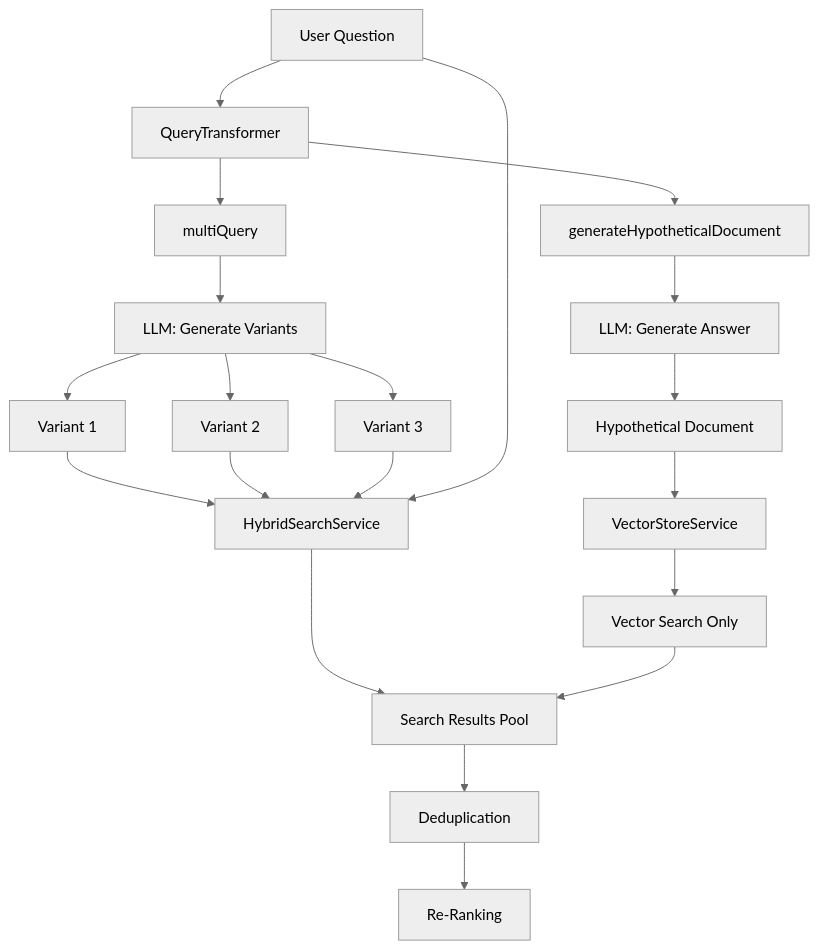
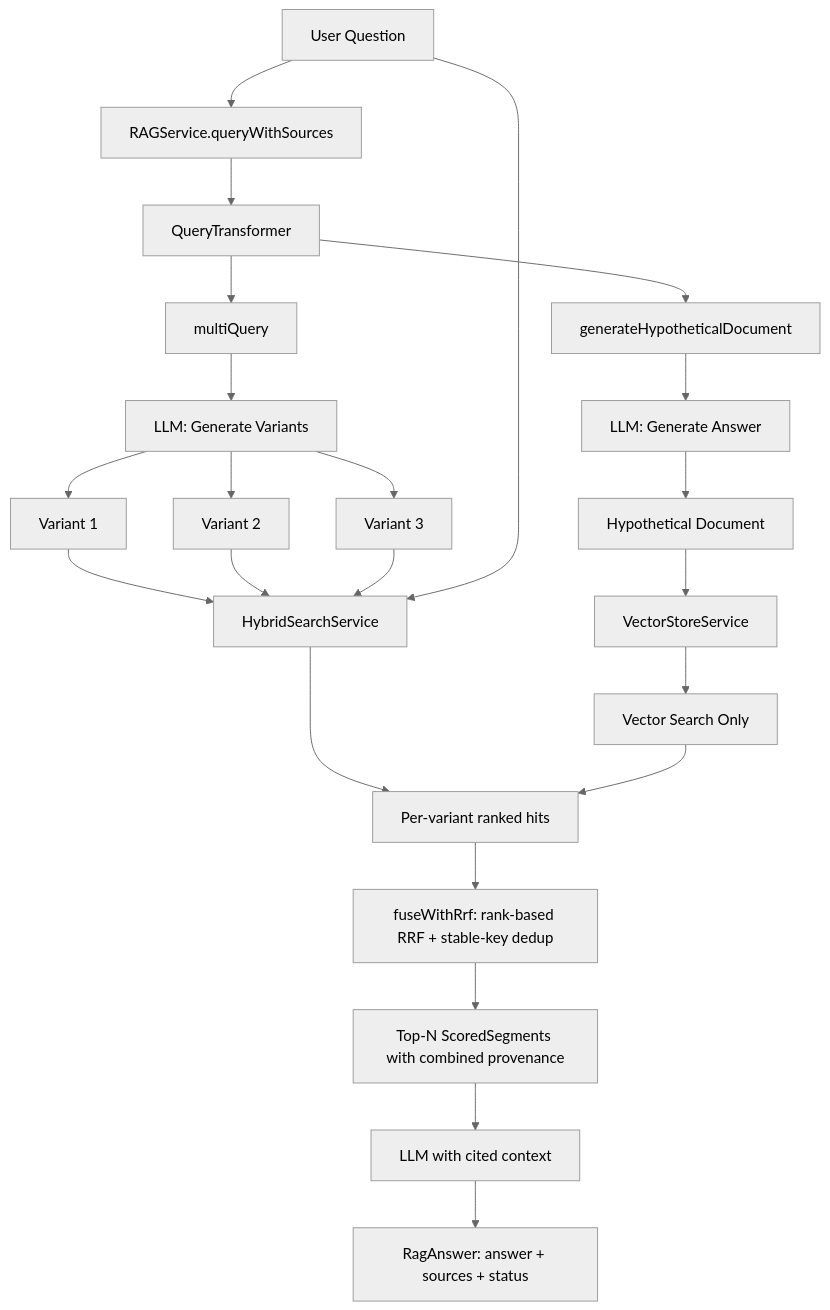
Before and after one commit to learnj-ai/llm-springboot: the first of 2 diagrams in llm-springboot/docs/tutorials/module-02-advanced-rag/02-query-transformation.md, drawn with Mermaid (neutral theme).

Commit message:
docs(rag): refresh chapter 02 pipeline diagram to match queryWithSources
The pipeline diagram still showed "Deduplication → Re-Ranking" as two
trailing steps and terminated at re-ranking. After the RRF refactor,
fusion + dedup is a single step (fuseWithRrf) and the pipeline ends in
a RagAnswer with answer + sources + status, not a re-rank pass.

Updated diagram now shows:
- queryWithSources as the explicit entry point
- fuseWithRrf doing rank-based RRF and stable-key dedup in one node
- Top-N ScoredSegments with combined provenance
- LLM call with cited context
- RagAnswer terminal node (answer + sources + status)

````diff
--- a/llm-springboot/docs/tutorials/module-02-advanced-rag/02-query-transformation.md
+++ b/llm-springboot/docs/tutorials/module-02-advanced-rag/02-query-transformation.md
@@ -56,27 +56,30 @@
 ```mermaid
 graph TD
-    A[User Question] --> B[QueryTransformer]
+    A[User Question] --> Q[RAGService.queryWithSources]
+    Q --> B[QueryTransformer]
 
     B --> C[multiQuery]
     C --> D[LLM: Generate Variants]
     D --> E[Variant 1]
     D --> F[Variant 2]
     D --> G[Variant 3]
 
     B --> H[generateHypotheticalDocument]
     H --> I[LLM: Generate Answer]
     I --> J[Hypothetical Document]
 
     E --> K[HybridSearchService]
     F --> K
     G --> K
     A --> K
 
     J --> L[VectorStoreService]
     L --> M[Vector Search Only]
 
-    K --> N[Search Results Pool]
+    K --> N[Per-variant ranked hits]
     M --> N
-    N --> O[Deduplication]
-    O --> P[Re-Ranking]
+    N --> O["fuseWithRrf: rank-based RRF + stable-key dedup"]
+    O --> R["Top-N ScoredSegments with combined provenance"]
+    R --> S[LLM with cited context]
+    S --> T["RagAnswer: answer + sources + status"]
 ```
````
